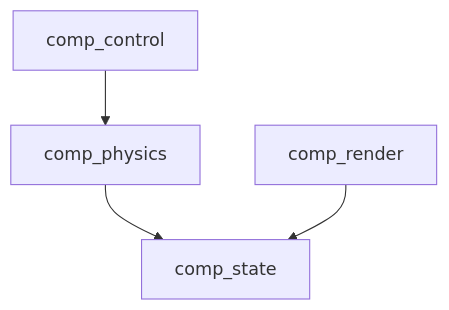
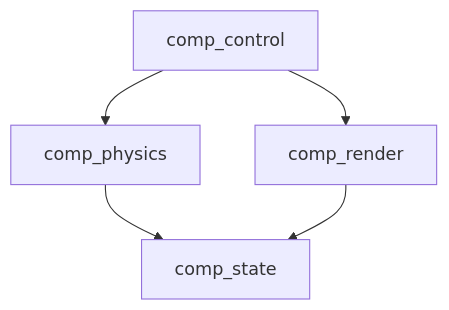
The second of 3 diagrams in README.md (dtldyg/physics-sync-demo), drawn with Mermaid before and after one commit. The commit also changed other lines of this file and 6 other files, not shown here.

````diff
--- a/README.md
+++ b/README.md
@@ -54,8 +55,9 @@
 ```mermaid
 graph TD
      comp_control --> comp_physics
+     comp_control --> comp_render
 
      comp_physics --> comp_state
 
      comp_render --> comp_state
 ```
````
